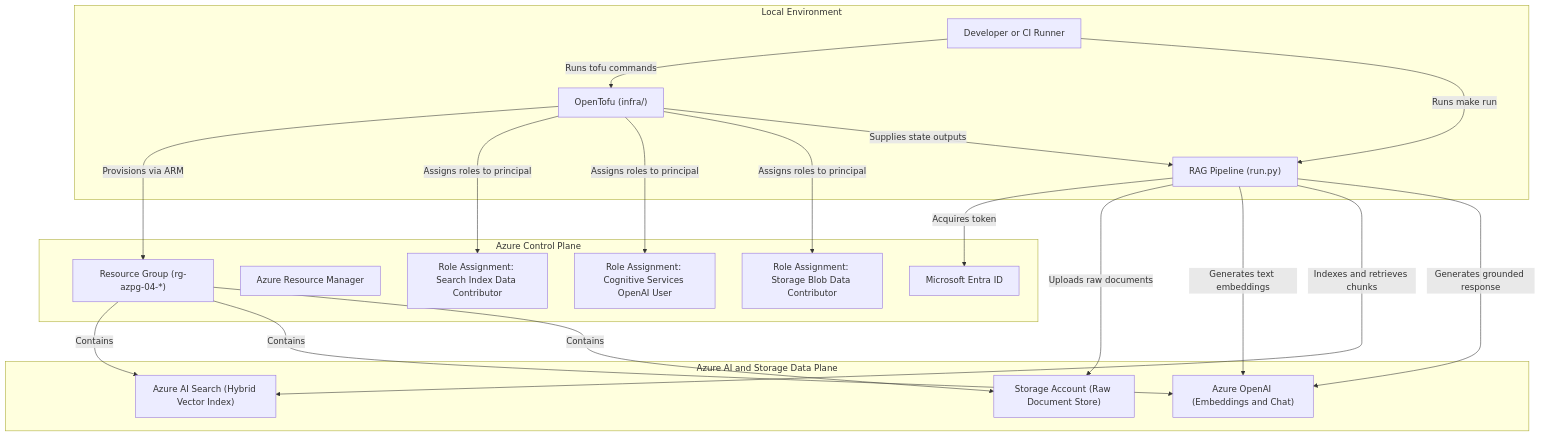
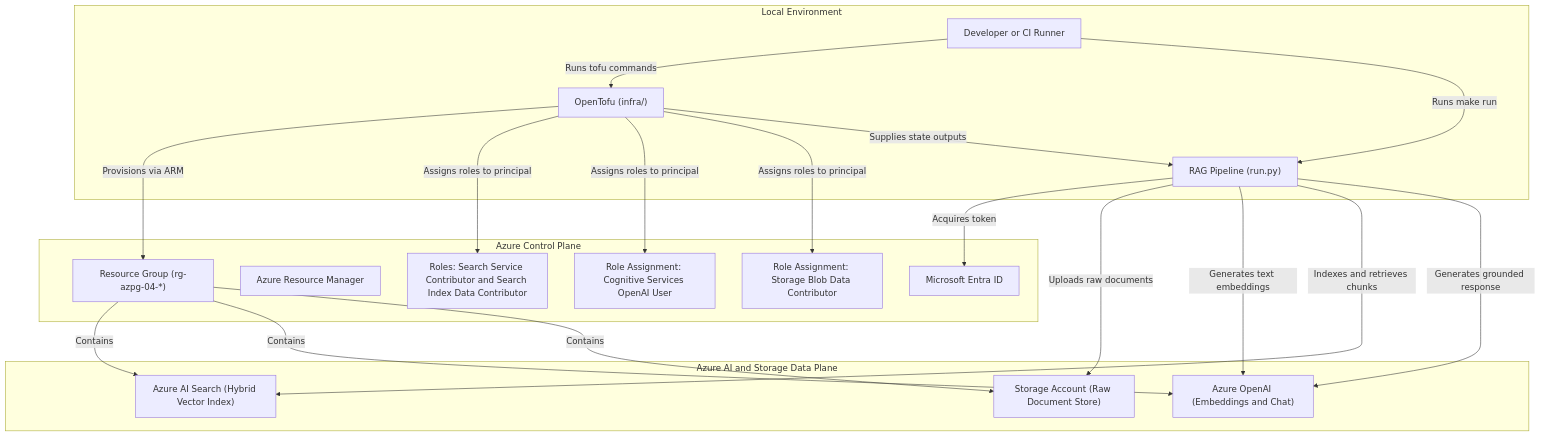
One commit to habedi/azure-projects changed the first of 2 diagrams in projects/04-rag-ai-search/README.md. Above: the diagram before and after it, drawn with Mermaid. The commit also changed other lines of this file and 20 other files, not shown here.

````diff
--- a/projects/04-rag-ai-search/README.md
+++ b/projects/04-rag-ai-search/README.md
@@ -7,39 +7,39 @@
 ```mermaid
 flowchart TD
     subgraph Local["Local Environment"]
         User["Developer or CI Runner"]
         Tofu["OpenTofu (infra/)"]
         PythonRunner["RAG Pipeline (run.py)"]
     end
 
     subgraph AzureControlPlane["Azure Control Plane"]
         Entra["Microsoft Entra ID"]
         ARM["Azure Resource Manager"]
         RG["Resource Group (rg-azpg-04-*)"]
-        RoleAssignSearch["Role Assignment: Search Index Data Contributor"]
+        RoleAssignSearch["Roles: Search Service Contributor and Search Index Data Contributor"]
         RoleAssignOpenAI["Role Assignment: Cognitive Services OpenAI User"]
         RoleAssignStorage["Role Assignment: Storage Blob Data Contributor"]
     end
 
     subgraph AzureDataPlane["Azure AI and Storage Data Plane"]
         SearchService["Azure AI Search (Hybrid Vector Index)"]
         OpenAIService["Azure OpenAI (Embeddings and Chat)"]
         StorageAccount["Storage Account (Raw Document Store)"]
     end
 
     User -->|" Runs tofu commands "| Tofu
     Tofu -->|" Provisions via ARM "| RG
     RG -->|" Contains "| SearchService
     RG -->|" Contains "| OpenAIService
     RG -->|" Contains "| StorageAccount
     Tofu -->|" Assigns roles to principal "| RoleAssignSearch
     Tofu -->|" Assigns roles to principal "| RoleAssignOpenAI
     Tofu -->|" Assigns roles to principal "| RoleAssignStorage
     Tofu -->|" Supplies state outputs "| PythonRunner
     User -->|" Runs make run "| PythonRunner
     PythonRunner -->|" Acquires token "| Entra
     PythonRunner -->|" Uploads raw documents "| StorageAccount
     PythonRunner -->|" Generates text embeddings "| OpenAIService
     PythonRunner -->|" Indexes and retrieves chunks "| SearchService
     PythonRunner -->|" Generates grounded response "| OpenAIService
 ```
````
